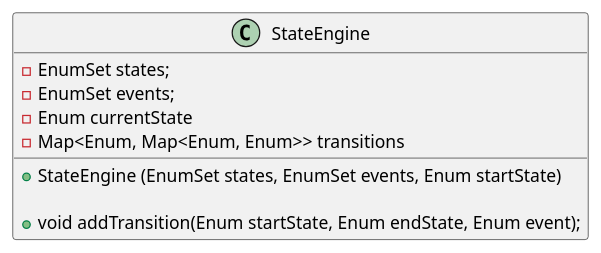
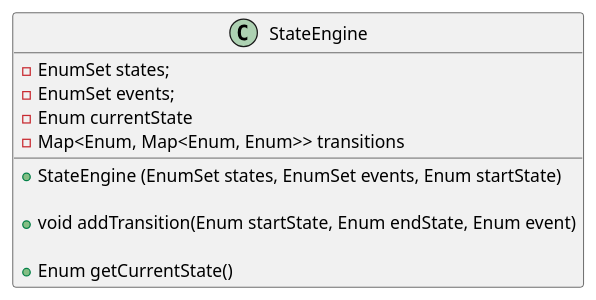
The diagram in class_diagram.pu (mdgriffin/Design-Patterns), drawn with PlantUML before and after one commit. The commit also changed 2 other files, not shown here.

Commit message:
Added getter for the current state

```diff
--- a/class_diagram.pu
+++ b/class_diagram.pu
@@ -1,12 +1,14 @@
 @startuml
 Class StateEngine {
     -EnumSet states;
     -EnumSet events;
     -Enum currentState
     -Map<Enum, Map<Enum, Enum>> transitions
 
     +StateEngine (EnumSet states, EnumSet events, Enum startState)
 
-    +void addTransition(Enum startState, Enum endState, Enum event);
+    +void addTransition(Enum startState, Enum endState, Enum event)
+
+    +Enum getCurrentState()
 }
 @enduml
```
